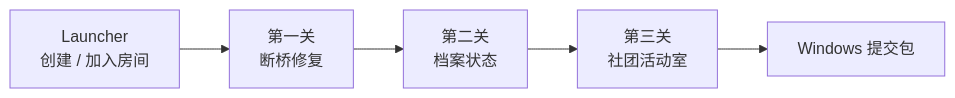
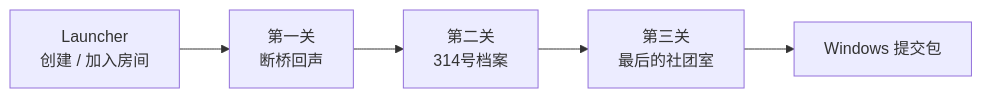
One commit to Future-Hero-Quest/future-hero-quest changed the second of 2 diagrams in README.md. Above: the diagram before and after it, drawn with Mermaid. The commit also changed other lines of this file and 6 other files, not shown here.

````diff
--- a/README.md
+++ b/README.md
@@ -55,7 +56,7 @@
 ```mermaid
 flowchart LR
-    L["Launcher<br/>创建 / 加入房间"] --> B["第一关<br/>断桥修复"]
-    B --> A["第二关<br/>档案状态"]
-    A --> C["第三关<br/>社团活动室"]
+    L["Launcher<br/>创建 / 加入房间"] --> B["第一关<br/>断桥回声"]
+    B --> A["第二关<br/>314号档案"]
+    A --> C["第三关<br/>最后的社团室"]
     C --> S["Windows 提交包"]
 ```
````
